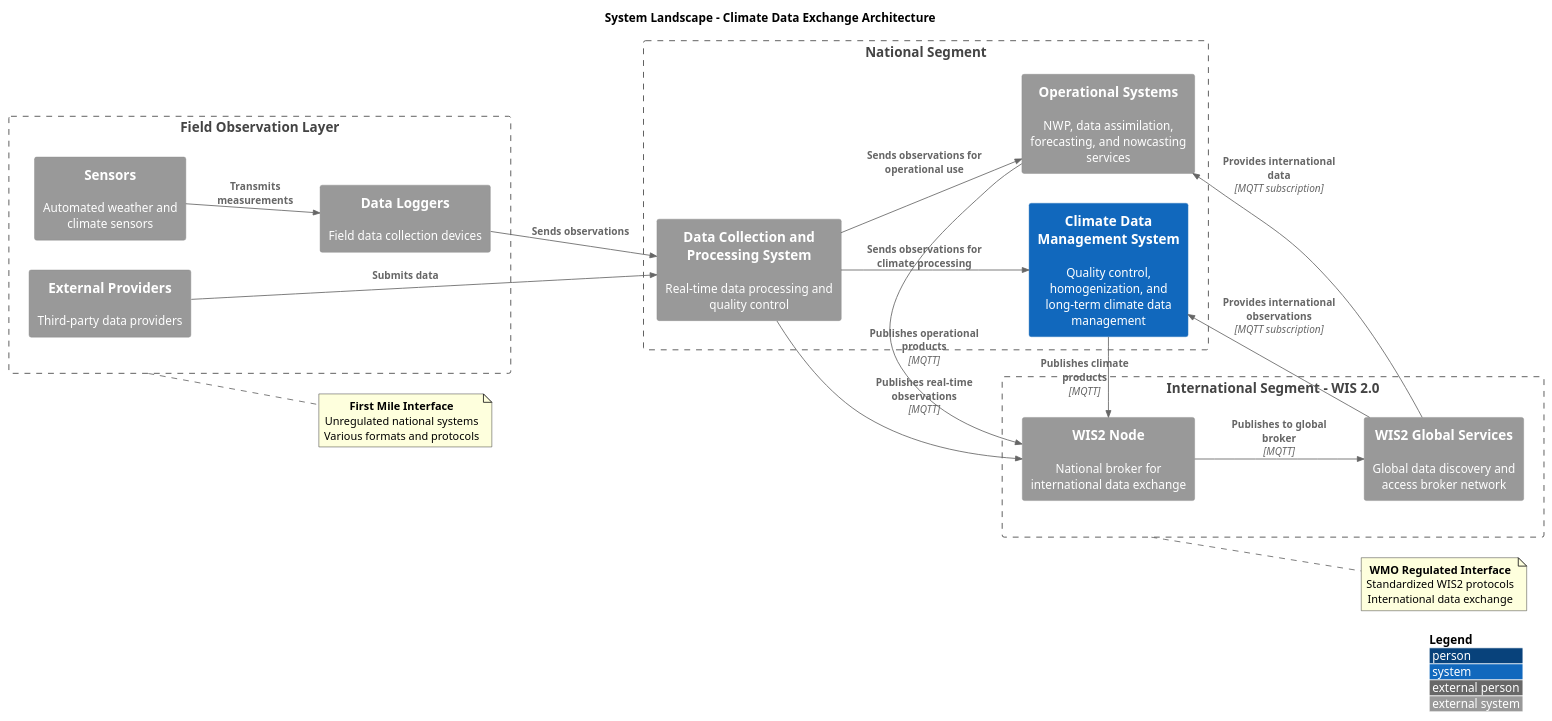
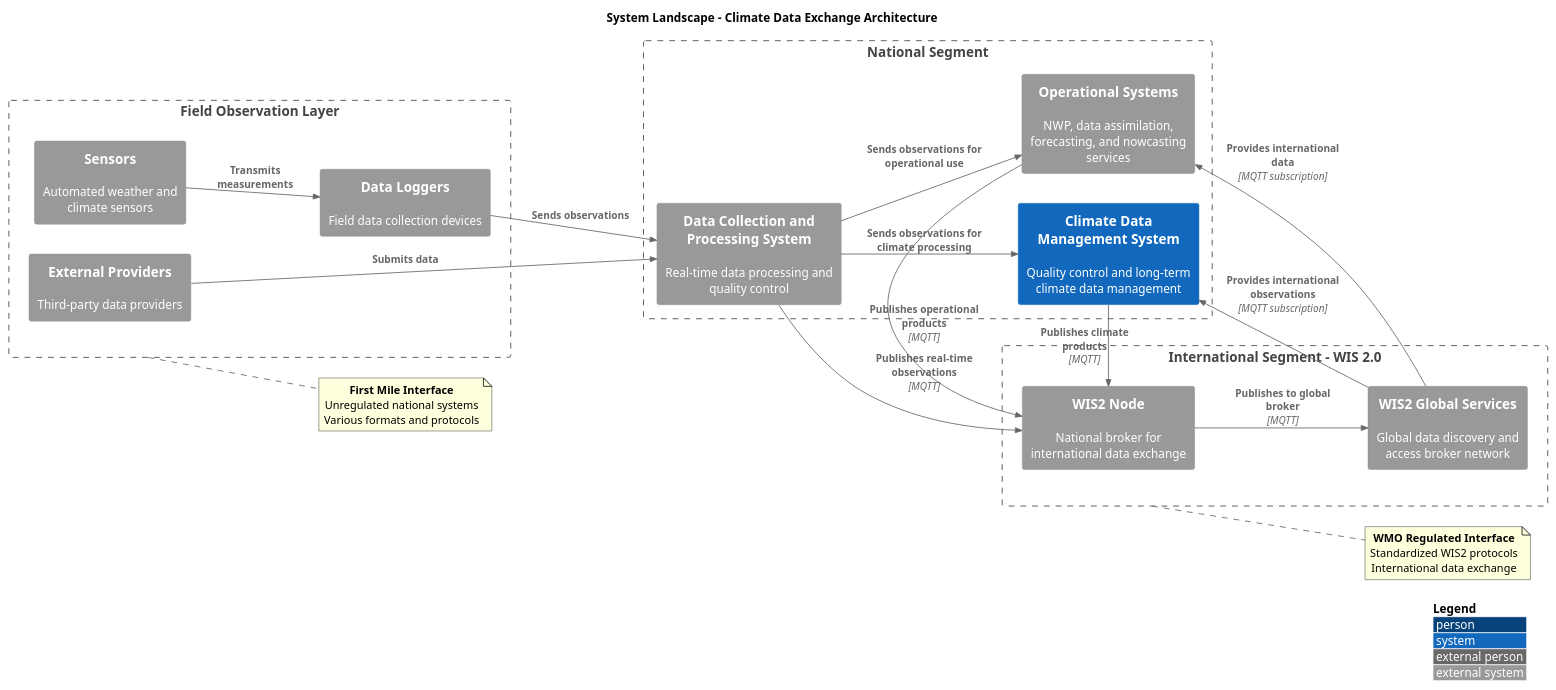
Before and after one commit to wmo-im/cdms-functional-requirements: the diagram in standard/figures/c4_level_0.puml, drawn with PlantUML. The commit also changed 1 other file, not shown here.

Commit message:
Addresses https://github.com/wmo-im/cdms-functional-requirements/issues/65

```diff
--- a/standard/figures/c4_level_0.puml
+++ b/standard/figures/c4_level_0.puml
@@ -1,60 +1,60 @@
 @startuml
 !include https://raw.githubusercontent.com/plantuml-stdlib/C4-PlantUML/master/C4_Context.puml
 
 LAYOUT_WITH_LEGEND()
 LAYOUT_LEFT_RIGHT()
 
 title System Landscape - Climate Data Exchange Architecture
 
 ' Field Observation Systems (First Mile - Unregulated)
 Boundary(field, "Field Observation Layer") {
     System_Ext(sensor, "Sensors", "Automated weather and climate sensors")
     System_Ext(datalogger, "Data Loggers", "Field data collection devices")
     System_Ext(external, "External Providers", "Third-party data providers")
 }
 
 ' National Processing Infrastructure
 Boundary(national, "National Segment") {
     System_Ext(dcps, "Data Collection and Processing System", "Real-time data processing and quality control")
-    System(cdms, "Climate Data Management System", "Quality control, homogenization, and long-term climate data management")
+    System(cdms, "Climate Data Management System", "Quality control and long-term climate data management")
     System_Ext(ops, "Operational Systems", "NWP, data assimilation, forecasting, and nowcasting services")
 }
 
 ' International Exchange Layer (WMO Regulated)
 Boundary(international, "International Segment - WIS 2.0") {
     System_Ext(wis2node, "WIS2 Node", "National broker for international data exchange")
     System_Ext(wis2global, "WIS2 Global Services", "Global data discovery and access broker network")
 }
 
 ' Field to National
 Rel(sensor, datalogger, "Transmits measurements")
 Rel(datalogger, dcps, "Sends observations")
 Rel(external, dcps, "Submits data")
 
 ' National Processing
 Rel(dcps, cdms, "Sends observations for climate processing")
 Rel(dcps, ops, "Sends observations for operational use")
 
 ' National to International
 Rel(dcps, wis2node, "Publishes real-time observations", "MQTT")
 Rel(cdms, wis2node, "Publishes climate products", "MQTT")
 Rel(ops, wis2node, "Publishes operational products", "MQTT")
 
 ' International Exchange
 Rel(wis2node, wis2global, "Publishes to global broker", "MQTT")
 Rel(wis2global, cdms, "Provides international observations", "MQTT subscription")
 Rel(wis2global, ops, "Provides international data", "MQTT subscription")
 
 note right of field
   **First Mile Interface**
   Unregulated national systems
   Various formats and protocols
 end note
 
 note right of international
   **WMO Regulated Interface**
   Standardized WIS2 protocols
   International data exchange
 end note
 
 @enduml
```
